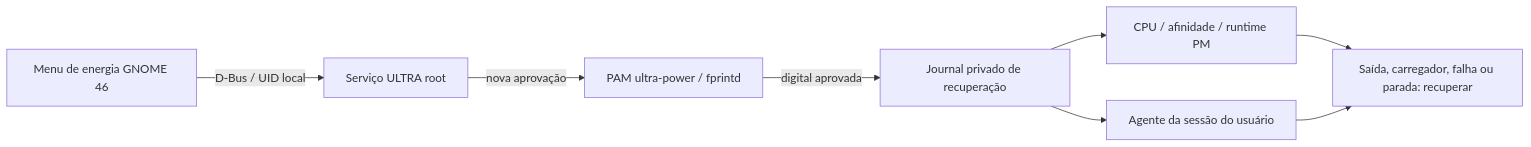
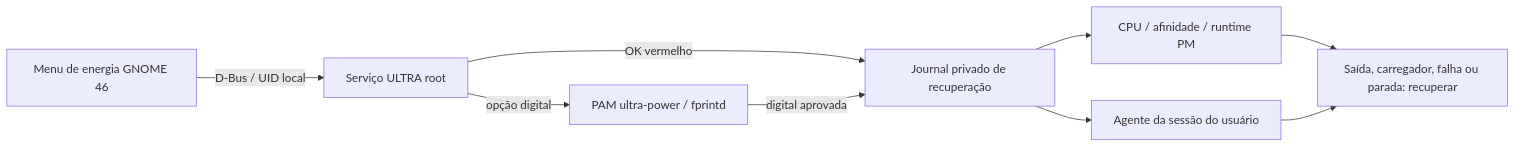
Before and after one commit to vcanonici/gnome-ultra-power: the diagram in docs/ARCHITECTURE.md, drawn with Mermaid. The commit also changed other lines of this file and 19 other files, not shown here.

Commit message:
ultra: adiciona confirmacao por OK vermelho como alternativa a digital

````diff
--- a/docs/ARCHITECTURE.md
+++ b/docs/ARCHITECTURE.md
@@ -3,10 +3,11 @@
 ```mermaid
 flowchart LR
   Menu[Menu de energia GNOME 46] -->|D-Bus / UID local| Daemon[Serviço ULTRA root]
-  Daemon -->|nova aprovação| PAM[PAM ultra-power / fprintd]
+  Daemon -->|opção digital| PAM[PAM ultra-power / fprintd]
+  Daemon -->|OK vermelho| Journal
   PAM -->|digital aprovada| Journal[Journal privado de recuperação]
   Journal --> CPU[CPU / afinidade / runtime PM]
   Journal --> Session[Agente da sessão do usuário]
   CPU --> Restore[Saída, carregador, falha ou parada: recuperar]
   Session --> Restore
 ```
````
